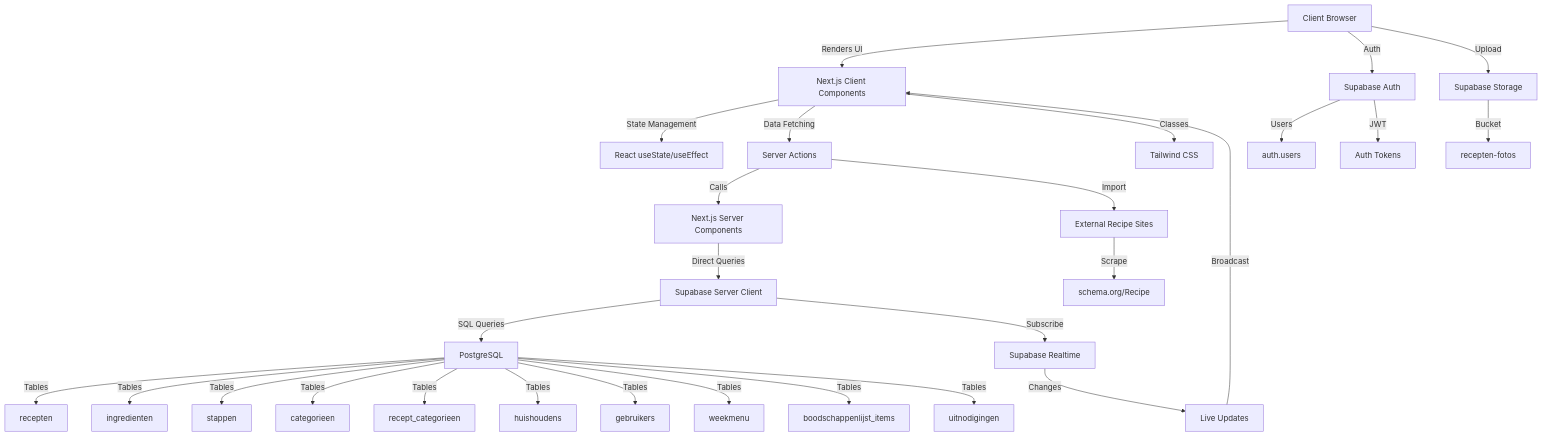
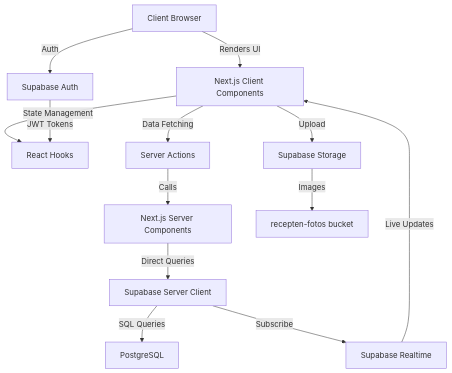
The first of 6 diagrams in docs/ARCHITECTURE.md (rob-erwt/recepten-app), drawn with Mermaid before and after one commit. The commit also changed other lines of this file, not shown here.

First line of the commit message:
Fix Mermaid diagram syntax errors in ARCHITECTURE.md

````diff
--- a/docs/ARCHITECTURE.md
+++ b/docs/ARCHITECTURE.md
@@ -30,45 +30,20 @@
 ```mermaid
-graph TD
-    %% Client Components
+flowchart TB
     A[Client Browser] -->|Renders UI| B[Next.js Client Components]
-    B -->|State Management| C[React useState/useEffect]
+    B -->|State Management| C[React Hooks]
     B -->|Data Fetching| D[Server Actions]
     
-    %% Server Components
     D -->|Calls| E[Next.js Server Components]
     E -->|Direct Queries| F[Supabase Server Client]
     
-    %% Database
     F -->|SQL Queries| G[PostgreSQL]
-    G -->|Tables| H[recepten]
-    G -->|Tables| I[ingredienten]
-    G -->|Tables| J[stappen]
-    G -->|Tables| K[categorieen]
-    G -->|Tables| L[recept_categorieen]
-    G -->|Tables| M[huishoudens]
-    G -->|Tables| N[gebruikers]
-    G -->|Tables| O[weekmenu]
-    G -->|Tables| P[boodschappenlijst_items]
-    G -->|Tables| Q[uitnodigingen]
     
-    %% Auth
     A -->|Auth| R[Supabase Auth]
-    R -->|Users| S[auth.users]
-    R -->|JWT| T[Auth Tokens]
+    R -->|JWT Tokens| C
     
-    %% Storage
-    A -->|Upload| U[Supabase Storage]
-    U -->|Bucket| V[recepten-fotos]
+    F -->|Subscribe| W[Supabase Realtime]
+    W -->|Live Updates| B
     
-    %% Realtime
-    F -->|Subscribe| W[Supabase Realtime]
-    W -->|Changes| X[Live Updates]
-    X -->|Broadcast| B
-    
-    %% Style
-    B -->|Classes| Y[Tailwind CSS]
-    
-    %% External
-    D -->|Import| Z[External Recipe Sites]
-    Z -->|Scrape| AA[schema.org/Recipe]
+    B -->|Upload| U[Supabase Storage]
+    U -->|Images| V[recepten-fotos bucket]
 ```
````
